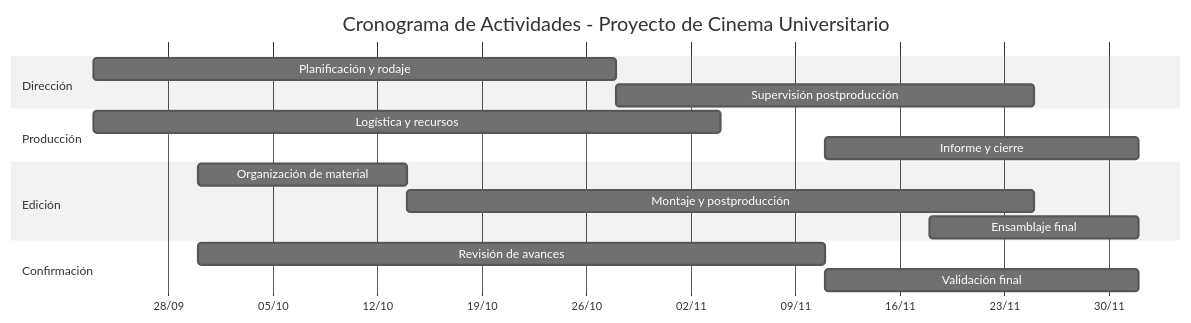
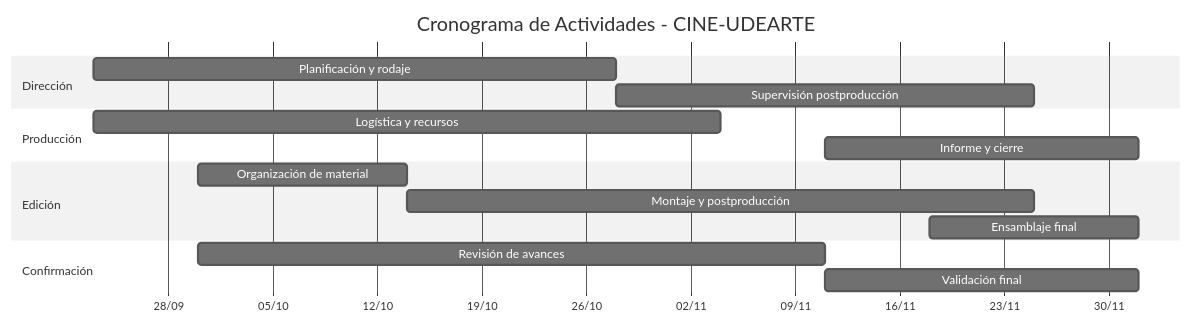
Before and after one commit to JonhyOC/CINE-UDEARTE: the diagram in README.md, drawn with Mermaid (neutral theme).

````diff
--- a/README.md
+++ b/README.md
@@ -130,23 +130,23 @@
 ```mermaid
 gantt
-    title Cronograma de Actividades - Proyecto de Cinema Universitario
+    title Cronograma de Actividades - CINE-UDEARTE
     dateFormat  YYYY-MM-DD
     axisFormat  %d/%m
 
     section Dirección
     Planificación y rodaje            :dir1, 2025-09-23, 5w
     Supervisión postproducción        :dir2, 2025-10-28, 4w
 
     section Producción
     Logística y recursos              :prod1, 2025-09-23, 6w
     Informe y cierre                  :prod2, 2025-11-11, 3w
 
     section Edición
     Organización de material          :edit1, 2025-09-30, 2w
     Montaje y postproducción          :edit2, 2025-10-14, 6w
     Ensamblaje final                  :edit3, 2025-11-18, 2w
 
     section Confirmación
     Revisión de avances               :conf1, 2025-09-30, 6w
     Validación final                  :conf2, 2025-11-11, 3w
 ```
````
